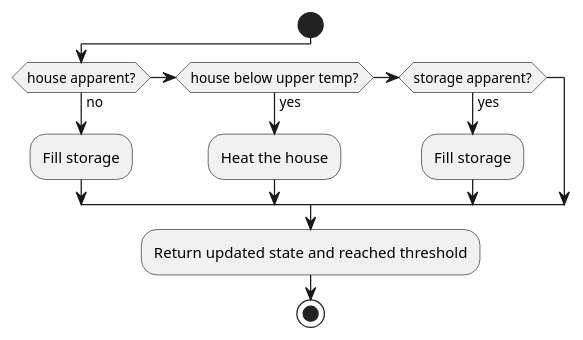
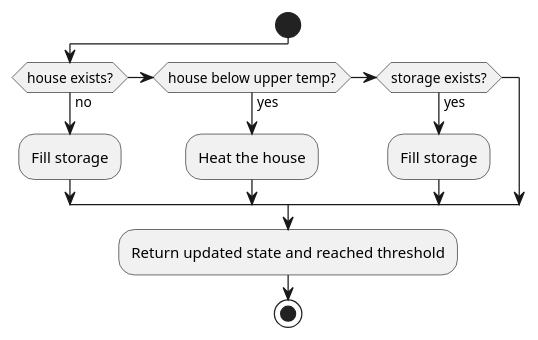
One commit to ie3-institute/simona changed the diagram in docs/uml/main/models/thermal/grid/HandleInfeed.puml. Above: the diagram before and after it, drawn with PlantUML. The commit also changed 1 other file, not shown here.

```diff
--- a/docs/uml/main/models/thermal/grid/HandleInfeed.puml
+++ b/docs/uml/main/models/thermal/grid/HandleInfeed.puml
@@ -1,15 +1,15 @@
 @startuml
 'https://plantuml.com/activity-diagram-beta
 
 start
-if (house apparent?) then (no)
+if (house exists?) then (no)
   :Fill storage;
 else if (house below upper temp?) then (yes)
     :Heat the house;
-else if (storage apparent?) then (yes)
+else if (storage exists?) then (yes)
 :Fill storage;
 endif
 :Return updated state and reached threshold;
 stop
 
 @enduml
```
